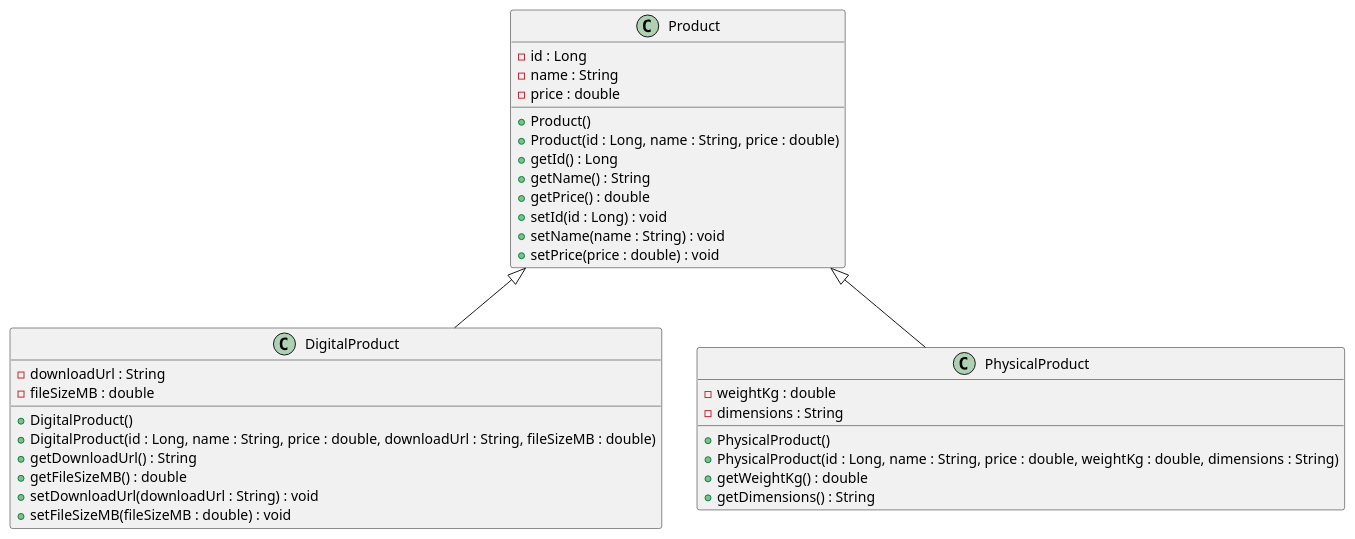
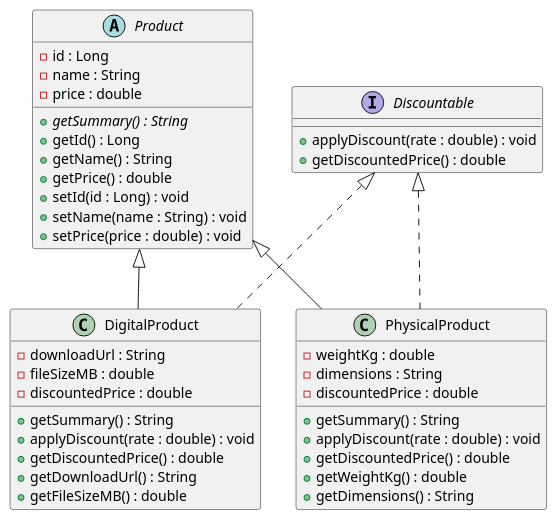
Before and after one commit to Inuthi/products-api: the diagram in docs/uml/product-hierarchy.puml, drawn with PlantUML. The commit also changed 7 other files, not shown here.

Commit message:
Tutorial 5: polymorphism - getSummary override and Discountable interface

```diff
--- a/docs/uml/product-hierarchy.puml
+++ b/docs/uml/product-hierarchy.puml
@@ -1,40 +1,51 @@
 @startuml
 
-class Product {
+abstract class Product {
     - id : Long
     - name : String
     - price : double
-    + Product()
-    + Product(id : Long, name : String, price : double)
+    + {abstract} getSummary() : String
     + getId() : Long
     + getName() : String
     + getPrice() : double
     + setId(id : Long) : void
     + setName(name : String) : void
     + setPrice(price : double) : void
 }
 
+interface Discountable {
+    + applyDiscount(rate : double) : void
+    + getDiscountedPrice() : double
+}
+
 class DigitalProduct {
     - downloadUrl : String
     - fileSizeMB : double
-    + DigitalProduct()
-    + DigitalProduct(id : Long, name : String, price : double, downloadUrl : String, fileSizeMB : double)
+    - discountedPrice : double
+    + getSummary() : String
+    + applyDiscount(rate : double) : void
+    + getDiscountedPrice() : double
     + getDownloadUrl() : String
     + getFileSizeMB() : double
-    + setDownloadUrl(downloadUrl : String) : void
-    + setFileSizeMB(fileSizeMB : double) : void
 }
 
 class PhysicalProduct {
     - weightKg : double
     - dimensions : String
-    + PhysicalProduct()
-    + PhysicalProduct(id : Long, name : String, price : double, weightKg : double, dimensions : String)
+    - discountedPrice : double
+    + getSummary() : String
+    + applyDiscount(rate : double) : void
+    + getDiscountedPrice() : double
     + getWeightKg() : double
     + getDimensions() : String
 }
 
+' <|-- is extends: SOLID line
 Product <|-- DigitalProduct
 Product <|-- PhysicalProduct
 
+' <|.. is implements: DASHED line
+Discountable <|.. DigitalProduct
+Discountable <|.. PhysicalProduct
+
 @enduml
```
